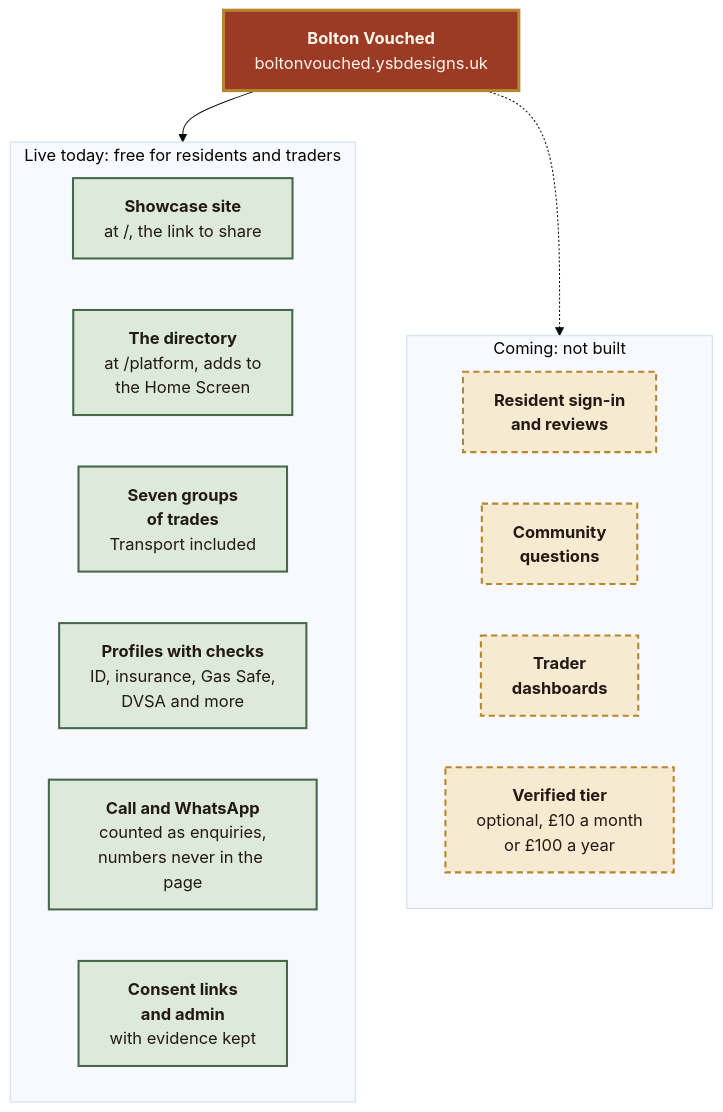
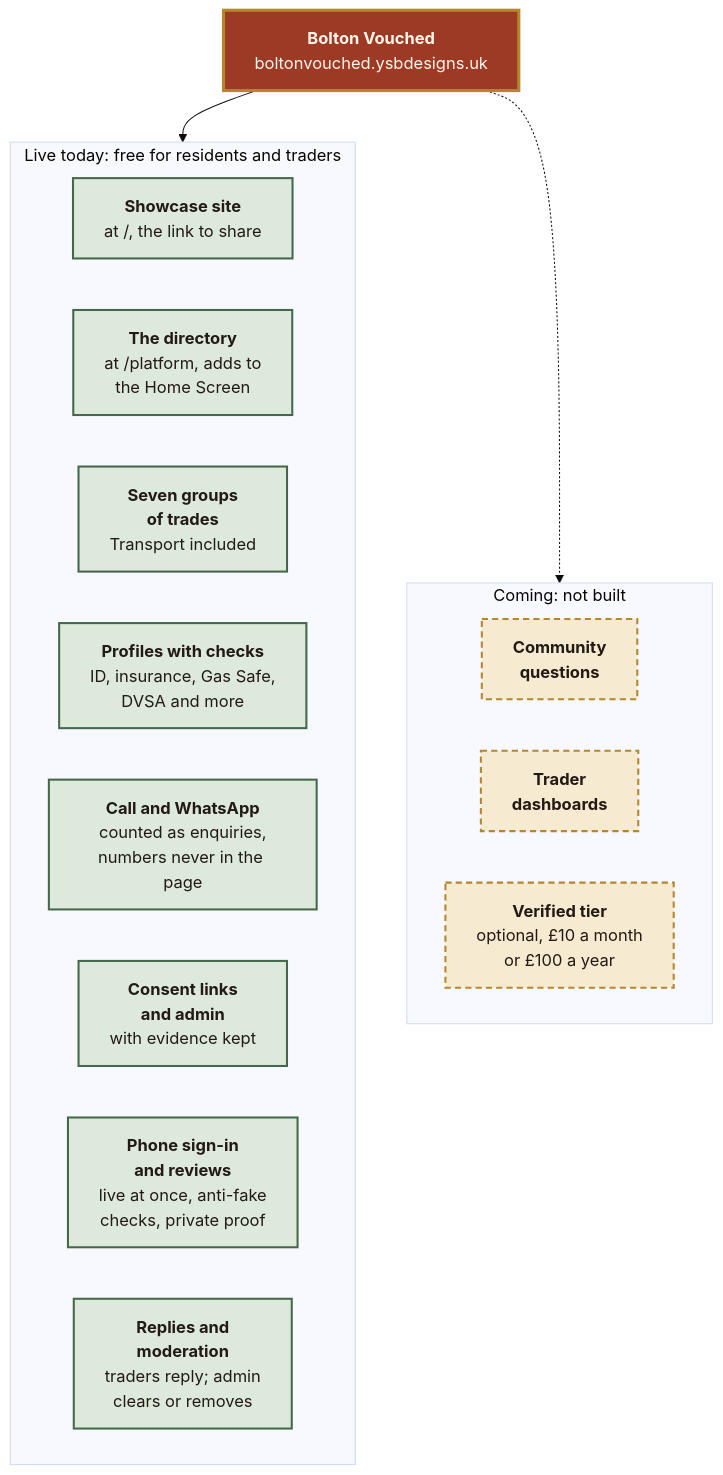
The diagram in assets/diagrams/02-live-and-coming.mmd (yameenbux/Boltontradesmen), drawn with Mermaid (base theme) before and after one commit. The commit also changed 26 other files, not shown here.

First line of the commit message:
feat: switch public copy to live reviews; docs and screenshots

```diff
--- a/assets/diagrams/02-live-and-coming.mmd
+++ b/assets/diagrams/02-live-and-coming.mmd
@@ -1,31 +1,32 @@
 flowchart TB
     APP["<b>Bolton Vouched</b><br/>boltonvouched.ysbdesigns.uk"]
 
     subgraph LIVE["Live today: free for residents and traders"]
         direction LR
         L1["<b>Showcase site</b><br/>at /, the link to share"]
         L2["<b>The directory</b><br/>at /platform, adds to<br/>the Home Screen"]
         L3["<b>Seven groups<br/>of trades</b><br/>Transport included"]
         L4["<b>Profiles with checks</b><br/>ID, insurance, Gas Safe,<br/>DVSA and more"]
         L5["<b>Call and WhatsApp</b><br/>counted as enquiries,<br/>numbers never in the page"]
         L6["<b>Consent links<br/>and admin</b><br/>with evidence kept"]
+        L7["<b>Phone sign-in<br/>and reviews</b><br/>live at once, anti-fake<br/>checks, private proof"]
+        L8["<b>Replies and<br/>moderation</b><br/>traders reply; admin<br/>clears or removes"]
     end
 
     subgraph NEXT["Coming: not built"]
         direction LR
-        N1["<b>Resident sign-in<br/>and reviews</b>"]
         N2["<b>Community<br/>questions</b>"]
         N3["<b>Trader<br/>dashboards</b>"]
         N4["<b>Verified tier</b><br/>optional, £10 a month<br/>or £100 a year"]
     end
 
     APP --> LIVE
     APP -.-> NEXT
 
     classDef core fill:#9C3A25,stroke:#B5862C,stroke-width:3px,color:#FFF5E9
     classDef live fill:#DDE9DA,stroke:#46684A,stroke-width:2px,color:#231A15
     classDef dev fill:#F6EAD0,stroke:#B5862C,stroke-width:2px,stroke-dasharray:6 4,color:#231A15
     classDef ext fill:#EFE5D7,stroke:#97887C,stroke-width:1.5px,color:#231A15
     class APP core
-    class L1,L2,L3,L4,L5,L6 live
-    class N1,N2,N3,N4 dev
+    class L1,L2,L3,L4,L5,L6,L7,L8 live
+    class N2,N3,N4 dev
```
